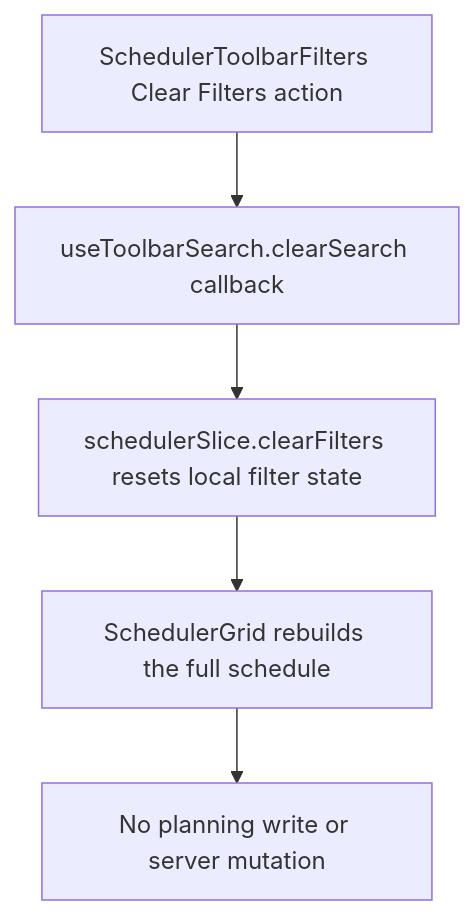
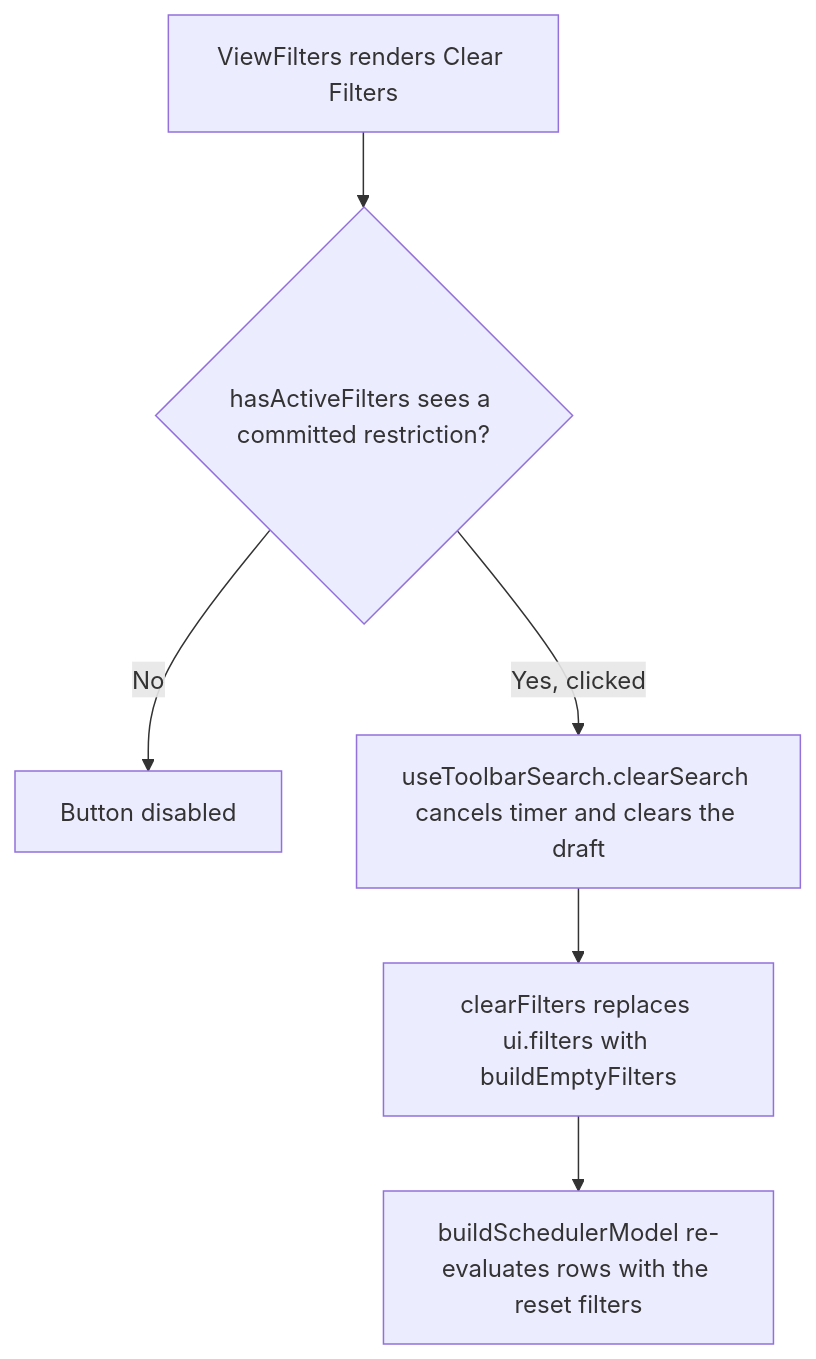
Before and after one commit to Kevinjohn/capacitylens: the second of 2 diagrams in user-stories/filters/US-FIL-06-clear-filters.md, drawn with Mermaid. The commit also changed other lines of this file and 172 other files, not shown here.

Commit message:
docs: reconcile user story code flows with source

````diff
--- a/user-stories/filters/US-FIL-06-clear-filters.md
+++ b/user-stories/filters/US-FIL-06-clear-filters.md
@@ -33,7 +33,8 @@
 ```mermaid
 flowchart TD
-  A["SchedulerToolbarFilters Clear Filters action"] --> B["useToolbarSearch.clearSearch callback"]
-  B --> C["schedulerSlice.clearFilters resets local filter state"]
-  C --> D["SchedulerGrid rebuilds the full schedule"]
-  D --> E["No planning write or server mutation"]
+  VIEW["ViewFilters renders Clear Filters"] --> ACTIVE{"hasActiveFilters sees a committed restriction?"}
+  ACTIVE -->|No| DISABLED["Button disabled"]
+  ACTIVE -->|Yes, clicked| CLEAR["useToolbarSearch.clearSearch cancels timer and clears the draft"]
+  CLEAR --> STORE["clearFilters replaces ui.filters with buildEmptyFilters"]
+  STORE --> MODEL["buildSchedulerModel re-evaluates rows with the reset filters"]
 ```
````
